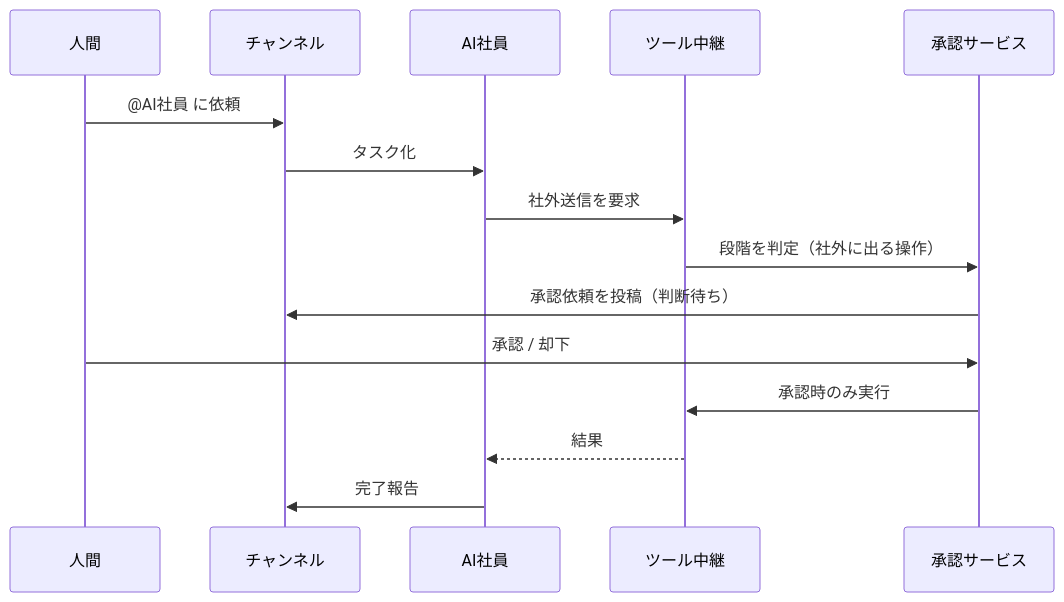
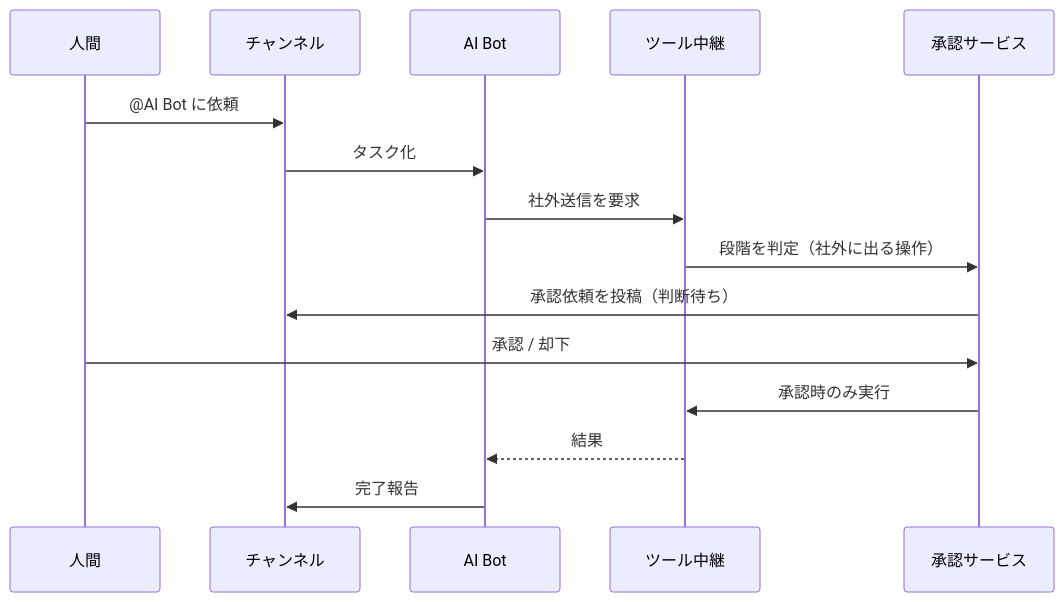
The diagram in docs/technical.md (hatai/Pelway), drawn with Mermaid before and after one commit. The commit also changed other lines of this file and 20 other files, not shown here.

````diff
--- a/docs/technical.md
+++ b/docs/technical.md
@@ -41,17 +41,17 @@
 ```mermaid
 sequenceDiagram
   participant H as 人間
   participant C as チャンネル
-  participant A as AI社員
+  participant A as AI Bot
   participant T as ツール中継
   participant P as 承認サービス
-  H->>C: @AI社員 に依頼
+  H->>C: @AI Bot に依頼
   C->>A: タスク化
   A->>T: 社外送信を要求
   T->>P: 段階を判定（社外に出る操作）
   P->>C: 承認依頼を投稿（判断待ち）
   H->>P: 承認 / 却下
   P->>T: 承認時のみ実行
   T-->>A: 結果
   A->>C: 完了報告
 ```
````
